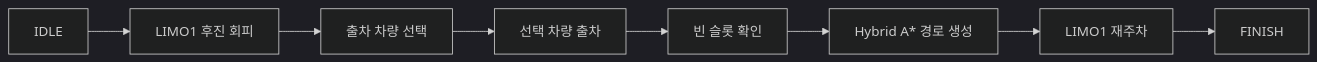
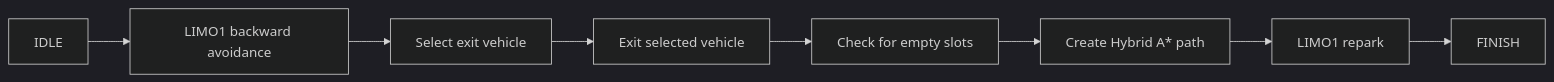
One commit to gnoyk/WeMeet_Capstone_Project changed the diagram in README.md. Above: the diagram before and after it, drawn with Mermaid (dark theme). The commit also changed other lines of this file and 3 other files, not shown here.

````diff
--- a/README.md
+++ b/README.md
@@ -7,10 +7,10 @@
 ```mermaid
 flowchart LR
-    A[IDLE] --> B[LIMO1 후진 회피]
-    B --> C[출차 차량 선택]
-    C --> D[선택 차량 출차]
-    D --> E[빈 슬롯 확인]
-    E --> F[Hybrid A* 경로 생성]
-    F --> G[LIMO1 재주차]
+A[IDLE] --> B[LIMO1 backward avoidance]
+B --> C[Select exit vehicle]
+C --> D[Exit selected vehicle]
+D --> E[Check for empty slots]
+E --> F[Create Hybrid A* path]
+F --> G[LIMO1 repark]
     G --> H[FINISH]
 ```
````
